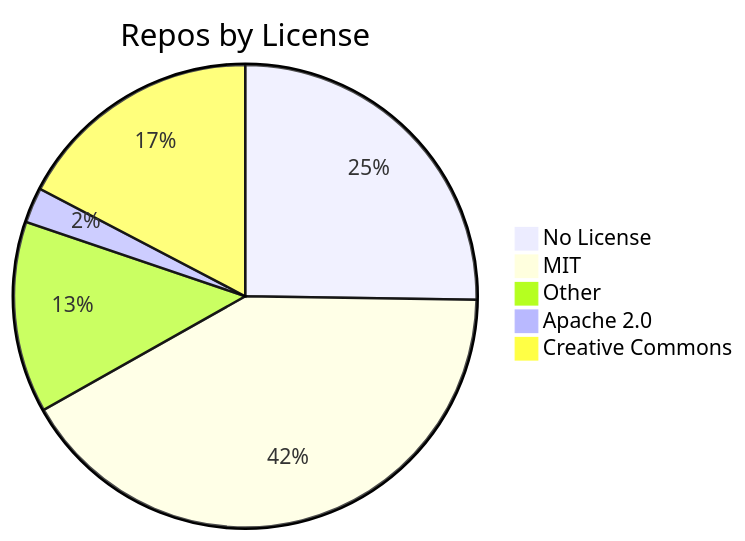
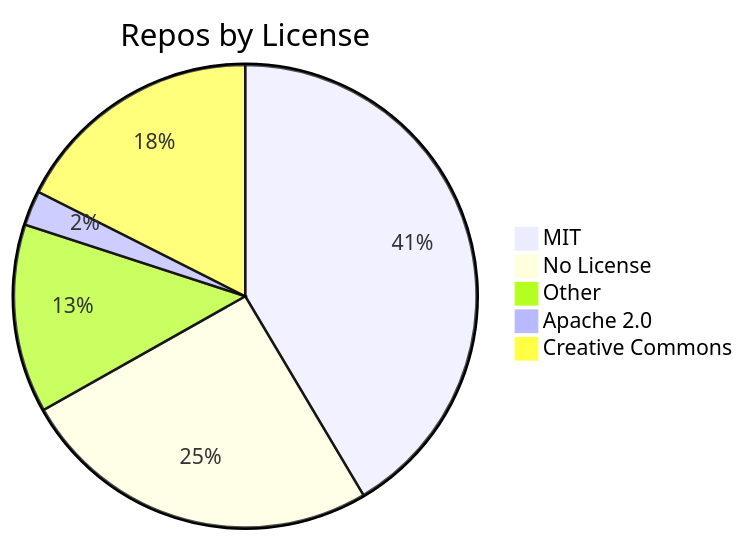
The diagram in README.md (jpatterson933/awesome-mcp-server-repo-index), drawn with Mermaid before and after one commit. The commit also changed other lines of this file and 7 other files, not shown here.

````diff
--- a/README.md
+++ b/README.md
@@ -31,8 +31,8 @@
 ```mermaid
 pie title Repos by License
-    "No License" : 51
-    "MIT" : 84
+    "MIT" : 85
+    "No License" : 52
     "Other" : 27
     "Apache 2.0" : 5
-    "Creative Commons" : 35
+    "Creative Commons" : 36
 ```
````
